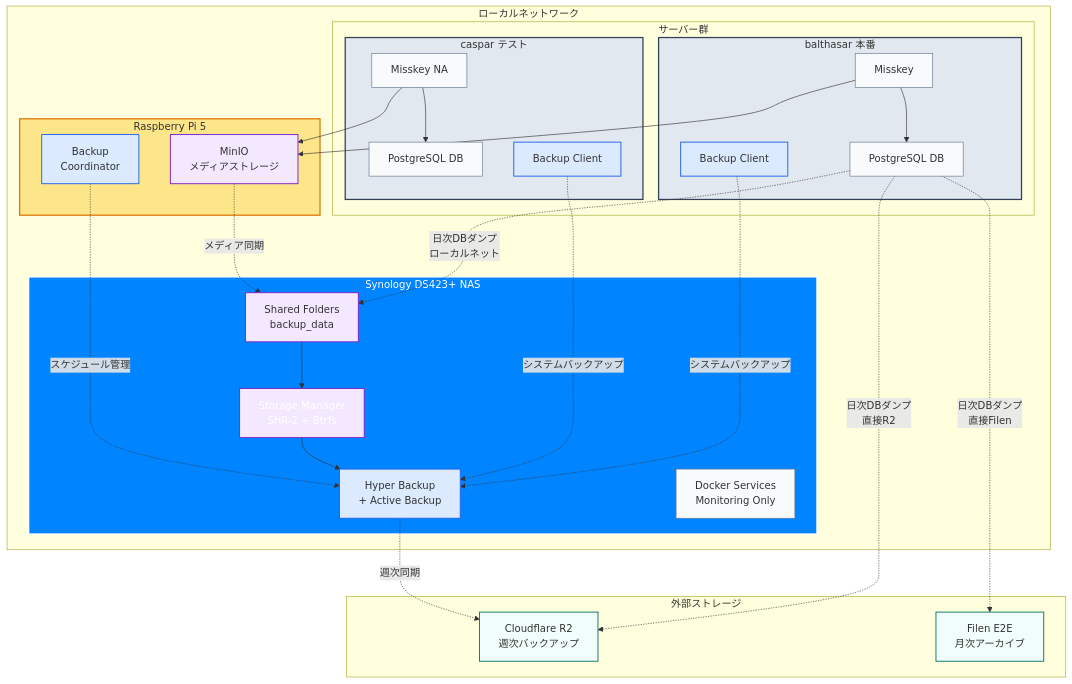
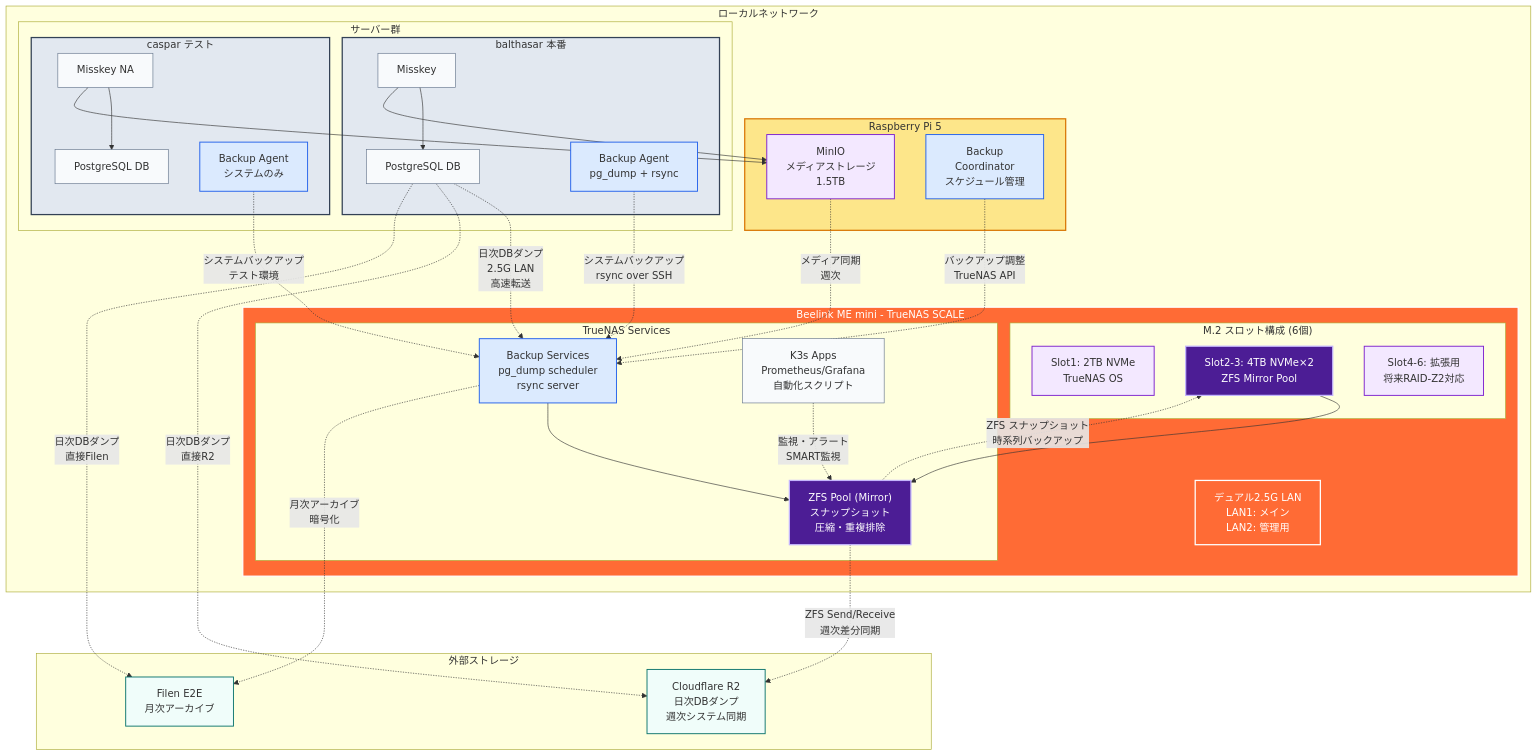
The third of 4 diagrams in README.md (yamisskey-dev/hosted-list), drawn with Mermaid before and after one commit.

Commit message:
README.md の更新

````diff
--- a/README.md
+++ b/README.md
@@ -216,31 +216,41 @@
     classDef service fill:#f8fafc,stroke:#64748b,stroke-width:1px
     classDef backup fill:#dbeafe,stroke:#2563eb,stroke-width:1.5px
     classDef storage fill:#f3e8ff,stroke:#7e22ce,stroke-width:1.5px
-    classDef synology fill:#0084ff,stroke:#ffffff,stroke-width:2px,color:#ffffff
+    classDef beelink fill:#ff6b35,stroke:#ffffff,stroke-width:2px,color:#ffffff
     classDef rpi fill:#fde68a,stroke:#d97706,stroke-width:2px
     classDef cloud fill:#f0fdfa,stroke:#0f766e,stroke-width:1.5px
+    classDef zfs fill:#4c1d95,stroke:#c4b5fd,stroke-width:2px,color:#ffffff
 
     %% External storage
     subgraph external["外部ストレージ"]
-        r2["Cloudflare R2<br/>週次バックアップ"]:::cloud
+        r2["Cloudflare R2<br/>日次DBダンプ<br/>週次システム同期"]:::cloud
         filen["Filen E2E<br/>月次アーカイブ"]:::cloud
     end
 
     %% Internal network
     subgraph internal["ローカルネットワーク"]
         
-        %% Synology NAS
-        subgraph nas["Synology DS423+ NAS"]
-            nas_storage["Storage Manager<br/>SHR-2 + Btrfs"]:::synology
-            nas_backup["Hyper Backup<br/>+ Active Backup"]:::backup
-            nas_docker["Docker Services<br/>Monitoring Only"]:::service
-            shared_folders["Shared Folders<br/>backup_data"]:::storage
+        %% Beelink TrueNAS
+        subgraph beelink_nas["Beelink ME mini - TrueNAS SCALE"]
+            subgraph m2_slots["M.2 スロット構成 (6個)"]
+                slot1["Slot1: 2TB NVMe<br/>TrueNAS OS"]:::storage
+                slot23["Slot2-3: 4TB NVMe×2<br/>ZFS Mirror Pool"]:::zfs
+                slot456["Slot4-6: 拡張用<br/>将来RAID-Z2対応"]:::storage
+            end
+            
+            subgraph truenas_services["TrueNAS Services"]
+                zfs_pool["ZFS Pool (Mirror)<br/>スナップショット<br/>圧縮・重複排除"]:::zfs
+                backup_svc["Backup Services<br/>pg_dump scheduler<br/>rsync server"]:::backup
+                k3s_apps["K3s Apps<br/>Prometheus/Grafana<br/>自動化スクリプト"]:::service
+            end
+            
+            dual_lan["デュアル2.5G LAN<br/>LAN1: メイン<br/>LAN2: 管理用"]:::beelink
         end
         
         %% Raspberry Pi
         subgraph rpi["Raspberry Pi 5"]
-            minio["MinIO<br/>メディアストレージ"]:::storage
-            coordinator["Backup<br/>Coordinator"]:::backup
+            minio["MinIO<br/>メディアストレージ<br/>1.5TB"]:::storage
+            coordinator["Backup<br/>Coordinator<br/>スケジュール管理"]:::backup
         end
         
         %% Main servers
@@ -248,13 +258,13 @@
             subgraph balthasar["balthasar 本番"]
                 misskey1["Misskey"]:::service
                 db1["PostgreSQL DB"]:::service
-                backup1["Backup Client"]:::backup
+                backup1["Backup Agent<br/>pg_dump + rsync"]:::backup
             end
             
             subgraph caspar["caspar テスト"]
                 misskey2["Misskey NA"]:::service
                 db2["PostgreSQL DB"]:::service
-                backup2["Backup Client"]:::backup
+                backup2["Backup Agent<br/>システムのみ"]:::backup
             end
         end
     end
@@ -265,32 +275,38 @@
     misskey1 --> minio
     misskey2 --> minio
 
-    %% DB Backup flows - 絶対死守
-    db1 -.->|"日次DBダンプ<br/>ローカルネット"| shared_folders
+    %% DB Backup flows - 絶対死守 (4重バックアップ)
+    db1 -.->|"日次DBダンプ<br/>2.5G LAN<br/>高速転送"| backup_svc
     db1 -.->|"日次DBダンプ<br/>直接R2"| r2
     db1 -.->|"日次DBダンプ<br/>直接Filen"| filen
     
+    %% TrueNAS internal flows
+    backup_svc --> zfs_pool
+    slot23 --> zfs_pool
+    
+    %% ZFS snapshots and replication
+    zfs_pool -.->|"ZFS Send/Receive<br/>週次差分同期"| r2
+    zfs_pool -.->|"ZFS スナップショット<br/>時系列バックアップ"| slot23
+    
     %% System backup flows
-    backup1 -.->|"システムバックアップ"| nas_backup
-    backup2 -.->|"システムバックアップ"| nas_backup
-    minio -.->|"メディア同期"| shared_folders
+    backup1 -.->|"システムバックアップ<br/>rsync over SSH"| backup_svc
+    backup2 -.->|"システムバックアップ<br/>テスト環境"| backup_svc
+    minio -.->|"メディア同期<br/>週次"| backup_svc
     
-    %% NAS internal flows
-    shared_folders --> nas_storage
-    nas_storage --> nas_backup
+    %% Coordination and monitoring
+    coordinator -.->|"バックアップ調整<br/>TrueNAS API"| backup_svc
+    k3s_apps -.->|"監視・アラート<br/>SMART監視"| zfs_pool
     
-    %% Coordination
-    coordinator -.->|"スケジュール管理"| nas_backup
-    
-    %% NAS backup flows (システムのみ)
-    nas_backup -.->|"週次同期"| r2
+    %% External sync flows
+    backup_svc -.->|"月次アーカイブ<br/>暗号化"| filen
 
     %% Apply styles
     class balthasar,caspar server
-    class nas synology
+    class beelink_nas beelink
     class rpi rpi
-    class misskey1,misskey2,db1,db2,nas_docker service
-    class nas_backup,coordinator,backup1,backup2 backup
+    class misskey1,misskey2,db1,db2,k3s_apps service
+    class backup_svc,coordinator,backup1,backup2 backup
     class r2,filen cloud
-    class minio,nas_storage,shared_folders storage
+    class minio,slot1,slot456 storage
+    class zfs_pool,slot23 zfs
 ```
````
